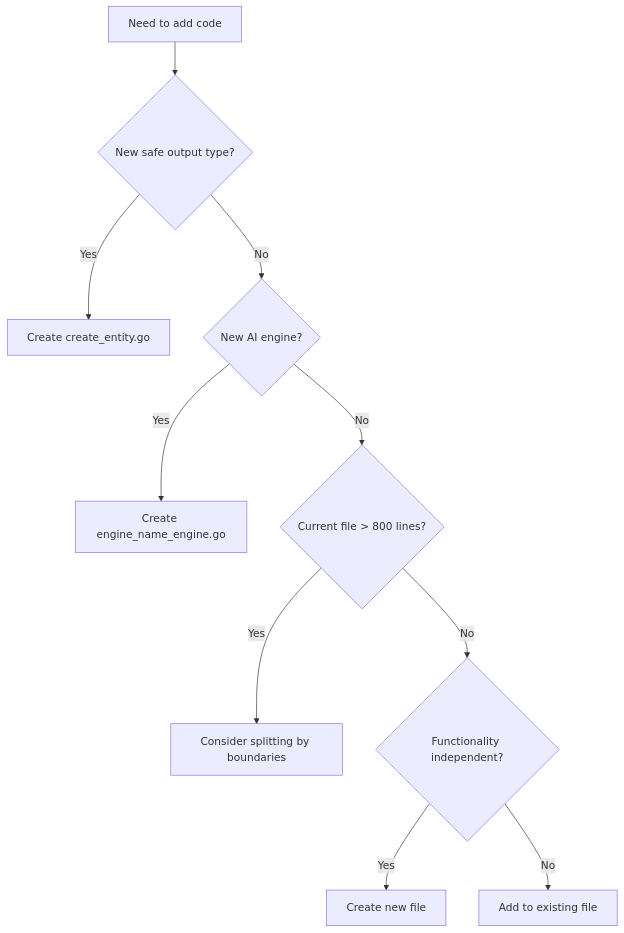
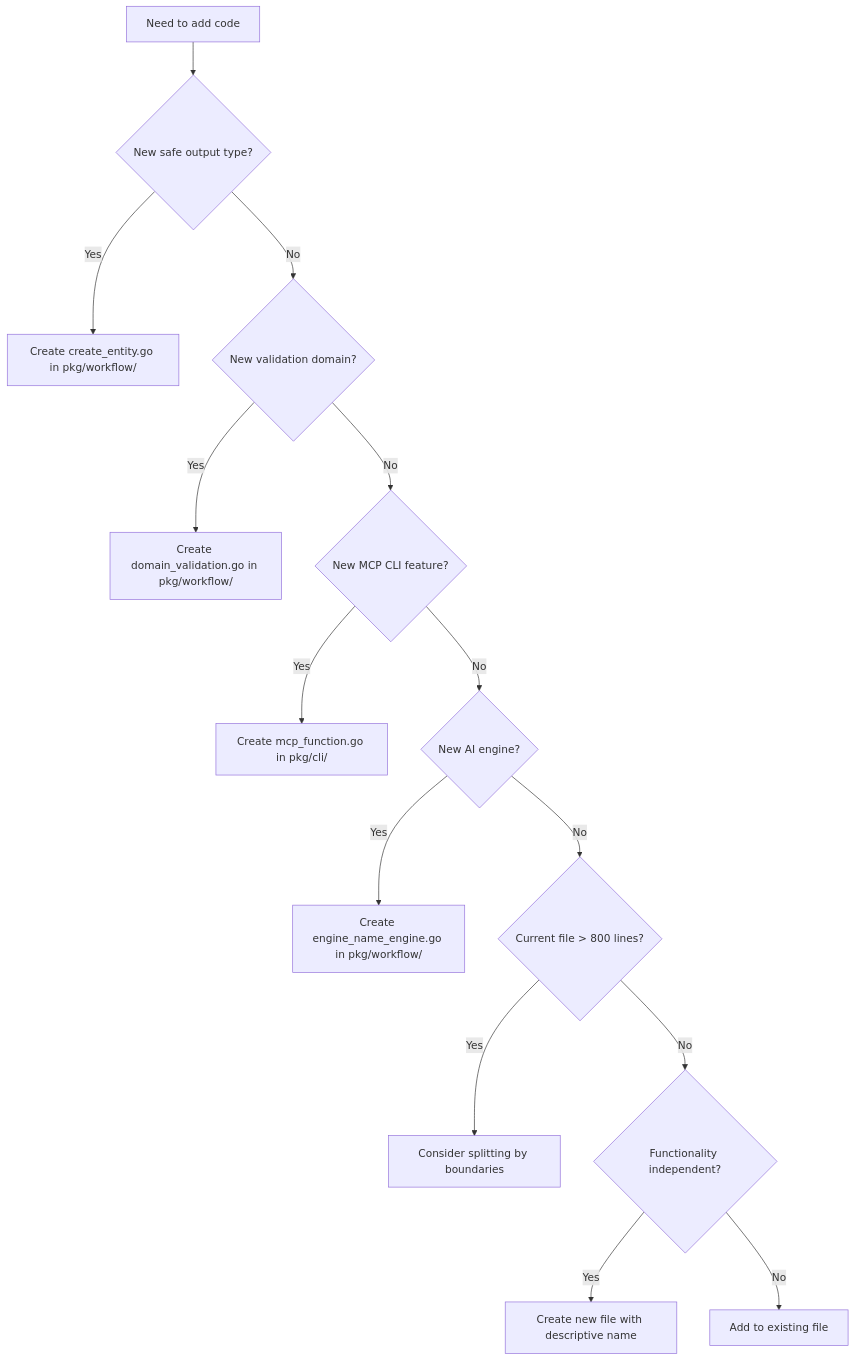
One commit to githubnext/gh-aw changed the first of 10 diagrams in .github/instructions/developer.instructions.md. Above: the diagram before and after it, drawn with Mermaid. The commit also changed other lines of this file and 1 other file, not shown here.

````diff
--- a/.github/instructions/developer.instructions.md
+++ b/.github/instructions/developer.instructions.md
@@ -122,12 +206,16 @@
 ```mermaid
 graph TD
     A[Need to add code] --> B{New safe output type?}
-    B -->|Yes| C[Create create_entity.go]
-    B -->|No| D{New AI engine?}
-    D -->|Yes| E[Create engine_name_engine.go]
-    D -->|No| F{Current file > 800 lines?}
-    F -->|Yes| G[Consider splitting by boundaries]
-    F -->|No| H{Functionality independent?}
-    H -->|Yes| I[Create new file]
-    H -->|No| J[Add to existing file]
+    B -->|Yes| C[Create create_entity.go in pkg/workflow/]
+    B -->|No| D{New validation domain?}
+    D -->|Yes| E[Create domain_validation.go in pkg/workflow/]
+    D -->|No| F{New MCP CLI feature?}
+    F -->|Yes| G[Create mcp_function.go in pkg/cli/]
+    F -->|No| H{New AI engine?}
+    H -->|Yes| I[Create engine_name_engine.go in pkg/workflow/]
+    H -->|No| J{Current file > 800 lines?}
+    J -->|Yes| K[Consider splitting by boundaries]
+    J -->|No| L{Functionality independent?}
+    L -->|Yes| M[Create new file with descriptive name]
+    L -->|No| N[Add to existing file]
 ```
````
